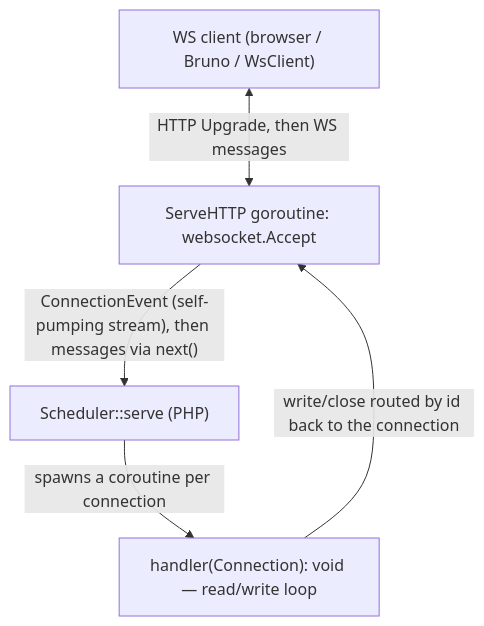
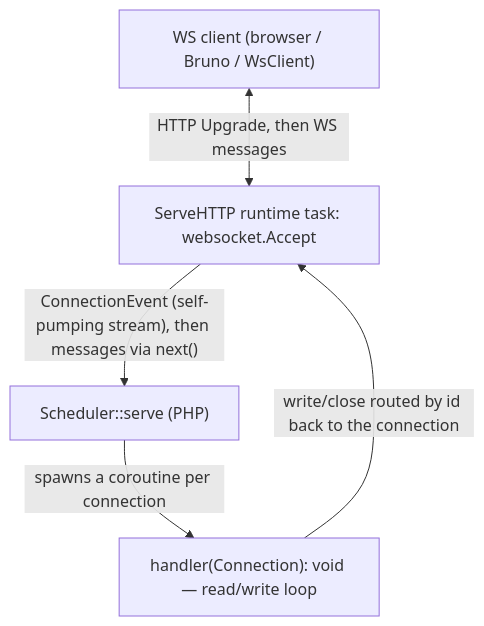
One commit to sprust/sconcur changed the diagram in docs/websocket-server.md. Above: the diagram before and after it, drawn with Mermaid. The commit also changed other lines of this file and 46 other files, not shown here.

````diff
--- a/docs/websocket-server.md
+++ b/docs/websocket-server.md
@@ -23,12 +23,12 @@
 ```mermaid
 flowchart TB
     client["WS client (browser / Bruno / WsClient)"]
-    serve["ServeHTTP goroutine: websocket.Accept"]
+    serve["ServeHTTP runtime task: websocket.Accept"]
     sched["Scheduler::serve (PHP)"]
     handler["handler(Connection): void — read/write loop"]
 
     client <-->|"HTTP Upgrade, then WS messages"| serve
     serve -->|"ConnectionEvent (self-pumping stream), then messages via next()"| sched
     sched -->|"spawns a coroutine per connection"| handler
     handler -->|"write/close routed by id back to the connection"| serve
 ```
````
